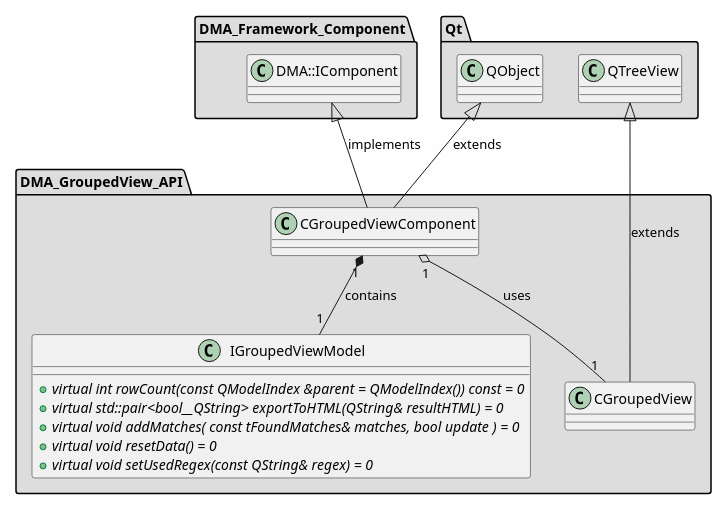
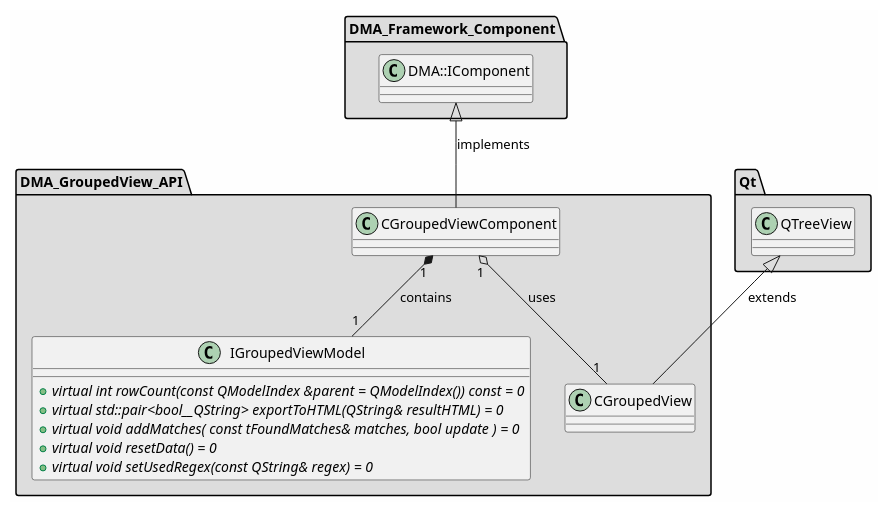
One commit to svlad-90/DLT-Message-Analyzer changed the diagram in md/dev_docs/puml/DMA_GroupedView_API_standalone.puml. Above: the diagram before and after it, drawn with PlantUML. The commit also changed 42 other files, not shown here.

First line of the commit message:
[ISSUE #111][COMPONENTS] Introduce components architecture in the project

```diff
--- a/md/dev_docs/puml/DMA_GroupedView_API_standalone.puml
+++ b/md/dev_docs/puml/DMA_GroupedView_API_standalone.puml
@@ -2,58 +2,53 @@
 @startuml
 
 skinparam backgroundColor #FEFEFE
 skinparam wrapWidth 600
 package "DMA_Framework_Component" #DDDDDD
 {
 
 class "DMA::IComponent"
 {
 }
 
 }
 
 package "DMA_GroupedView_API" #DDDDDD
 {
 
 class "CGroupedView"
 {
 }
 
 class "CGroupedViewComponent"
 {
 }
 
 class "IGroupedViewModel"
 {
     + {abstract} virtual int rowCount(const QModelIndex &parent = QModelIndex()) const = 0
     + {abstract} virtual std::pair<bool__QString> exportToHTML(QString& resultHTML) = 0
     + {abstract} virtual void addMatches( const tFoundMatches& matches, bool update ) = 0
     + {abstract} virtual void resetData() = 0
     + {abstract} virtual void setUsedRegex(const QString& regex) = 0
 }
 
 }
 
 package "Qt" #DDDDDD
 {
 
-class "QObject"
-{
-}
-
 class "QTreeView"
 {
 }
 
 }
 
 '====================Inheritance section====================
 QTreeView <|-- CGroupedView : extends
 DMA::IComponent <|-- CGroupedViewComponent : implements
-QObject <|-- CGroupedViewComponent : extends
 
 '====================Dependencies section====================
 CGroupedViewComponent "1" o-- "1" CGroupedView : uses
 CGroupedViewComponent "1" *-- "1" IGroupedViewModel : contains
 
 @enduml
```
